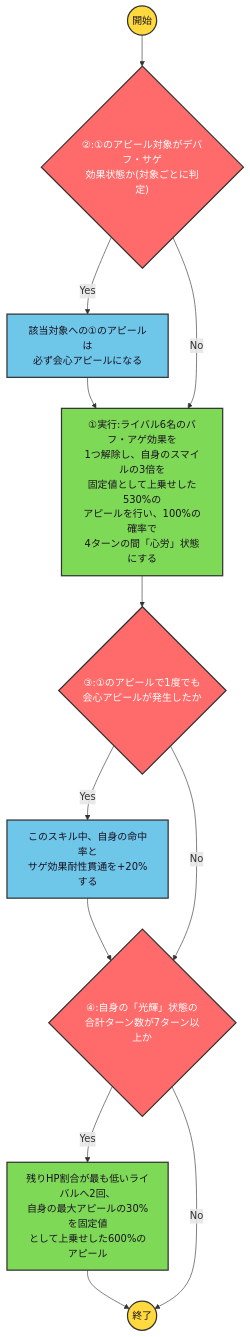
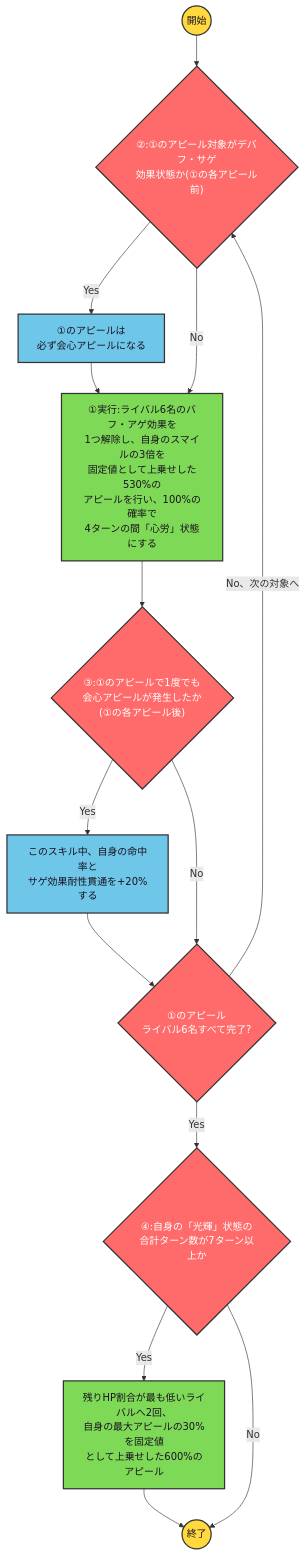
One commit to ryomochi0918/nogifra-characters changed the diagram in data/sugawara_satsuki/monopoly_skill1.mmd. Above: the diagram before and after it, drawn with Mermaid. The commit also changed 286 other files, not shown here.

```diff
--- a/data/sugawara_satsuki/monopoly_skill1.mmd
+++ b/data/sugawara_satsuki/monopoly_skill1.mmd
@@ -1,15 +1,18 @@
 flowchart TD
     classDef startend fill:#FFD93D,stroke:#333,stroke-width:2px,color:#1a1220;
     classDef cond fill:#FF6B6B,stroke:#333,stroke-width:2px,color:#ffffff;
     classDef effect fill:#6EC6E8,stroke:#333,stroke-width:2px,color:#1a1220;
     classDef action fill:#7ED957,stroke:#333,stroke-width:2px,color:#1a1220;
 
     start(("開始")):::startend --> c2
-    c2{"②:①のアピール対象がデバフ・サゲ<br/>効果状態か(対象ごとに判定)"}:::cond
-    c2 -->|"Yes"| e2["該当対象への①のアピールは<br/>必ず会心アピールになる"]:::effect --> a1
+    c2{"②:①のアピール対象がデバフ・サゲ<br/>効果状態か(①の各アピール前)"}:::cond
+    c2 -->|"Yes"| e2["①のアピールは<br/>必ず会心アピールになる"]:::effect --> a1
     c2 -->|"No"| a1["①実行:ライバル6名のバフ・アゲ効果を<br/>1つ解除し、自身のスマイルの3倍を<br/>固定値として上乗せした530%の<br/>アピールを行い、100%の確率で<br/>4ターンの間「心労」状態にする"]:::action --> c3
-    c3{"③:①のアピールで1度でも<br/>会心アピールが発生したか"}:::cond
-    c3 -->|"Yes"| e3["このスキル中、自身の命中率と<br/>サゲ効果耐性貫通を+20%する"]:::effect --> c4
-    c3 -->|"No"| c4{"④:自身の「光輝」状態の<br/>合計ターン数が7ターン以上か"}:::cond
+    c3{"③:①のアピールで1度でも<br/>会心アピールが発生したか<br/>(①の各アピール後)"}:::cond
+    c3 -->|"Yes"| e3["このスキル中、自身の命中率と<br/>サゲ効果耐性貫通を+20%する"]:::effect --> lc1
+    c3 -->|"No"| lc1
+    lc1{"①のアピール<br/>ライバル6名すべて完了?"}:::cond
+    lc1 -->|"No、次の対象へ"| c2
+    lc1 -->|"Yes"| c4{"④:自身の「光輝」状態の<br/>合計ターン数が7ターン以上か"}:::cond
     c4 -->|"Yes"| a4["残りHP割合が最も低いライバルへ2回、<br/>自身の最大アピールの30%を固定値<br/>として上乗せした600%のアピール"]:::action --> finish(("終了")):::startend
     c4 -->|"No"| finish
```
